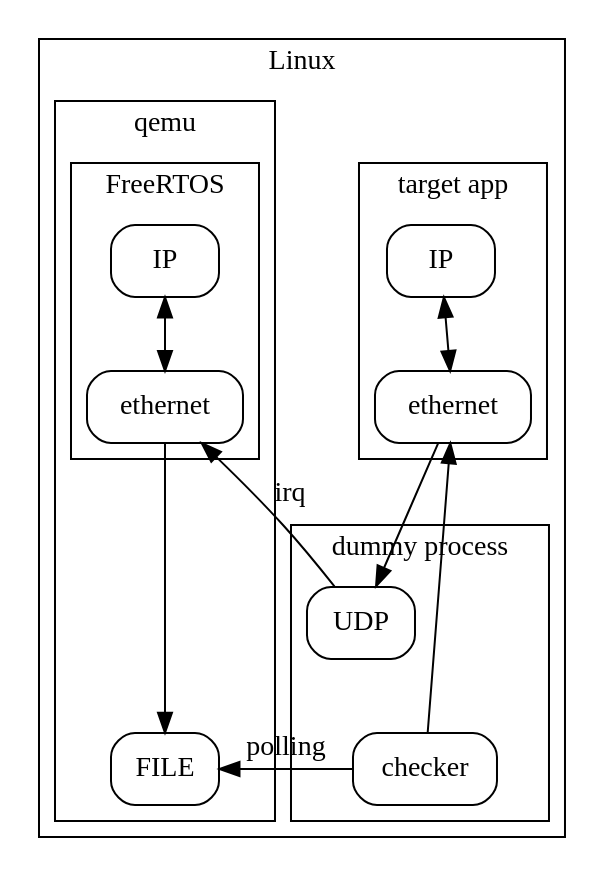
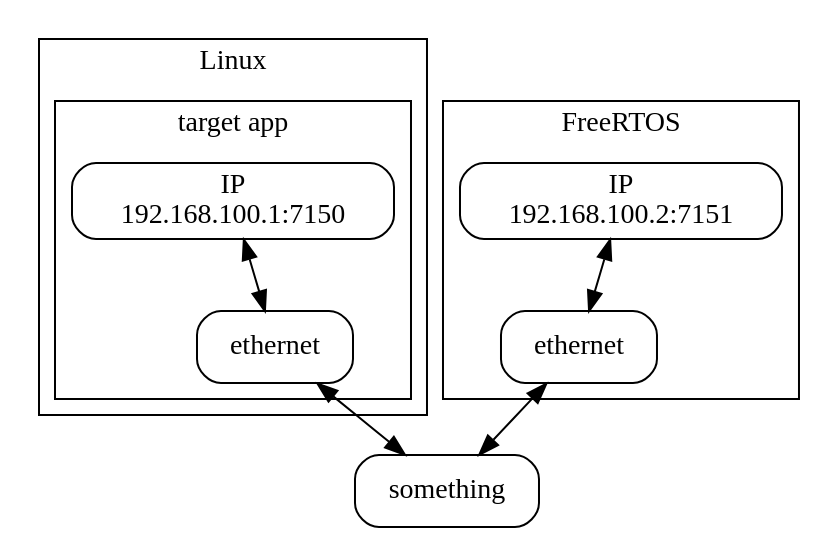
One commit to tyano461/virtether changed the diagram in doc/system.dot. Above: the diagram before and after it, drawn with Graphviz. The commit also changed 5 other files, not shown here.

```diff
--- a/doc/system.dot
+++ b/doc/system.dot
@@ -1,70 +1,24 @@
-/*
 digraph D {
     rankdir = TD;
     node[shape="box", style="rounded"]
     subgraph cluster_Linux {
         label="Linux"
 
         subgraph cluster_Target {
             label="target app"
 
-            lip[label="IP"]
+            lip[label="IP\n192.168.100.1:7150"]
             lap[label="ethernet"]
             lip->lap[dir="both"]
         }
     }
     subgraph cluster_FreeRTOS {
         label="FreeRTOS"
-        rip[label="IP"]
+        rip[label="IP\n192.168.100.2:7151"]
         rap[label="ethernet"]
         rip->rap[dir="both"]
     }    
     some[label="something"]
     lap->some[dir="both"]
     rap->some[dir="both"]
 }
-*/
-digraph D {
-    rankdir = TD;
-    newrank=true;
-
-    node[shape="box", style="rounded"]
-    subgraph cluster_Linux {
-        label="Linux"
-
-        subgraph cluster_Target {
-            label="target app"
-
-            lip[label="IP"]
-            lap[label="ethernet"]
-            lip->lap[dir="both"]
-        }
-        subgraph cluster_dummy {
-            label="dummy process"
-            some[label="UDP"]
-            poll[label="checker"]
-            some->poll[style="invis"]
-        }
-        subgraph cluster_qemu {
-            label="qemu"
-            f[label="FILE"]
-
-            subgraph cluster_FreeRTOS {
-                label="FreeRTOS"
-                rip[label="IP"]
-                rap[label="ethernet"] 
-                rip->rap[dir="both"]
-            }
-        }
-    }
-    lap -> some
-    poll->f[label="polling"]
-    poll->lap
-    rap -> f
-    some -> rap[label="irq"]
-    lip->some[style="invis"]
-
-    { rank=same; lip; rip; }
-    { rank=same; lap; rap; }
-    { rank=same; f; poll;}
-}
```
